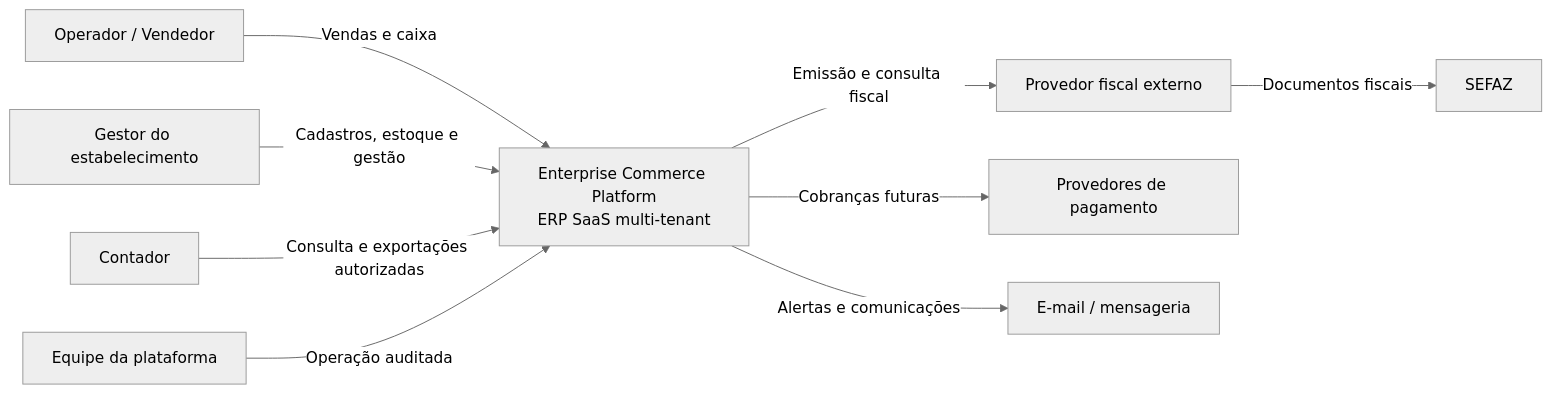
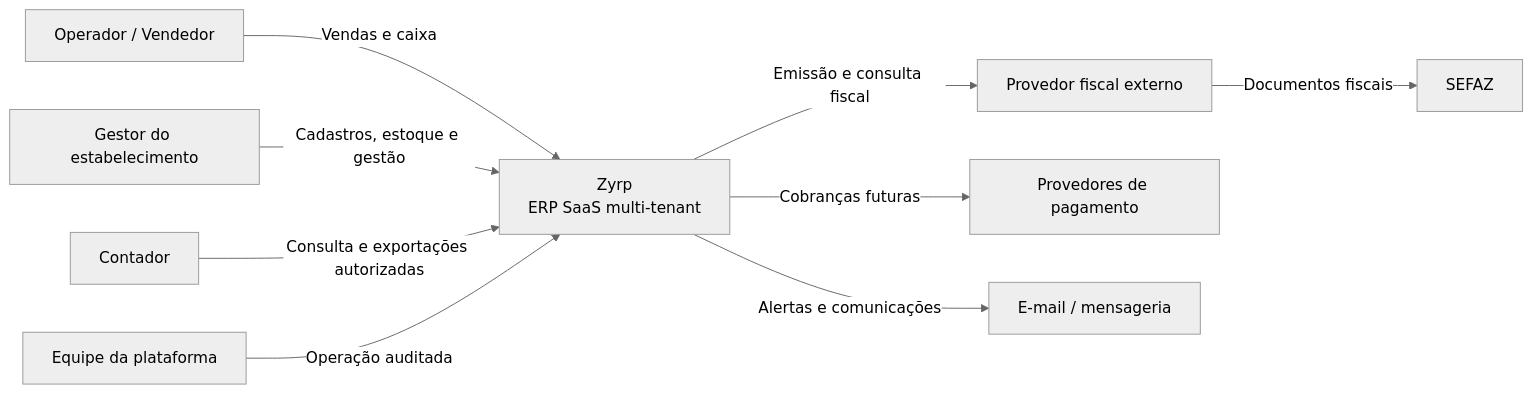
One commit to Djohnn/ZyrpERP changed the diagram in docs/06_Diagrams/C4_CONTEXT.md. Above: the diagram before and after it, drawn with Mermaid (neutral theme). The commit also changed other lines of this file and 8 other files, not shown here.

````diff
--- a/docs/06_Diagrams/C4_CONTEXT.md
+++ b/docs/06_Diagrams/C4_CONTEXT.md
@@ -7,21 +7,21 @@
 ```mermaid
 flowchart LR
     operador["Operador / Vendedor"]
     gestor["Gestor do estabelecimento"]
     contador["Contador"]
     suporte["Equipe da plataforma"]
-    erp["Enterprise Commerce Platform\nERP SaaS multi-tenant"]
+    erp["Zyrp\nERP SaaS multi-tenant"]
     fiscal["Provedor fiscal externo"]
     sefaz["SEFAZ"]
     pagamentos["Provedores de pagamento"]
     notificacoes["E-mail / mensageria"]
 
     operador -->|"Vendas e caixa"| erp
     gestor -->|"Cadastros, estoque e gestão"| erp
     contador -->|"Consulta e exportações autorizadas"| erp
     suporte -->|"Operação auditada"| erp
     erp -->|"Emissão e consulta fiscal"| fiscal
     fiscal -->|"Documentos fiscais"| sefaz
     erp -->|"Cobranças futuras"| pagamentos
     erp -->|"Alertas e comunicações"| notificacoes
 ```
````
